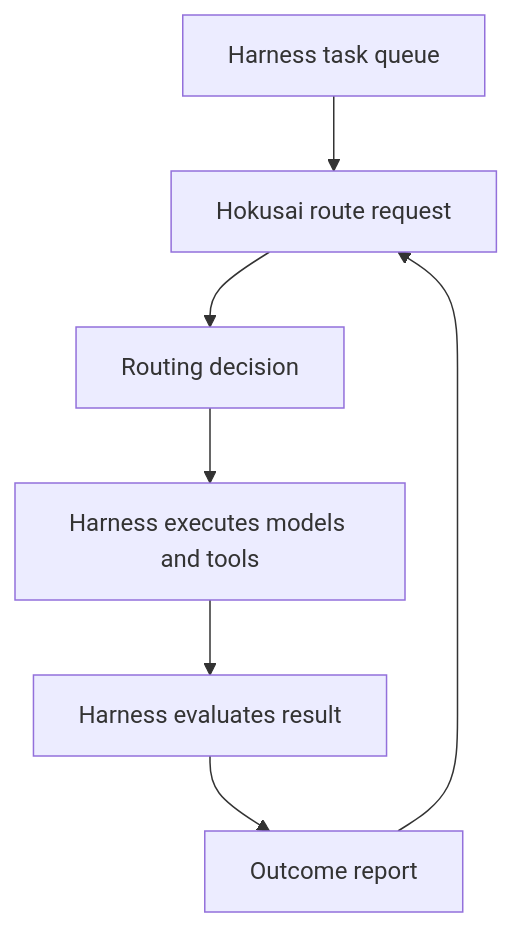
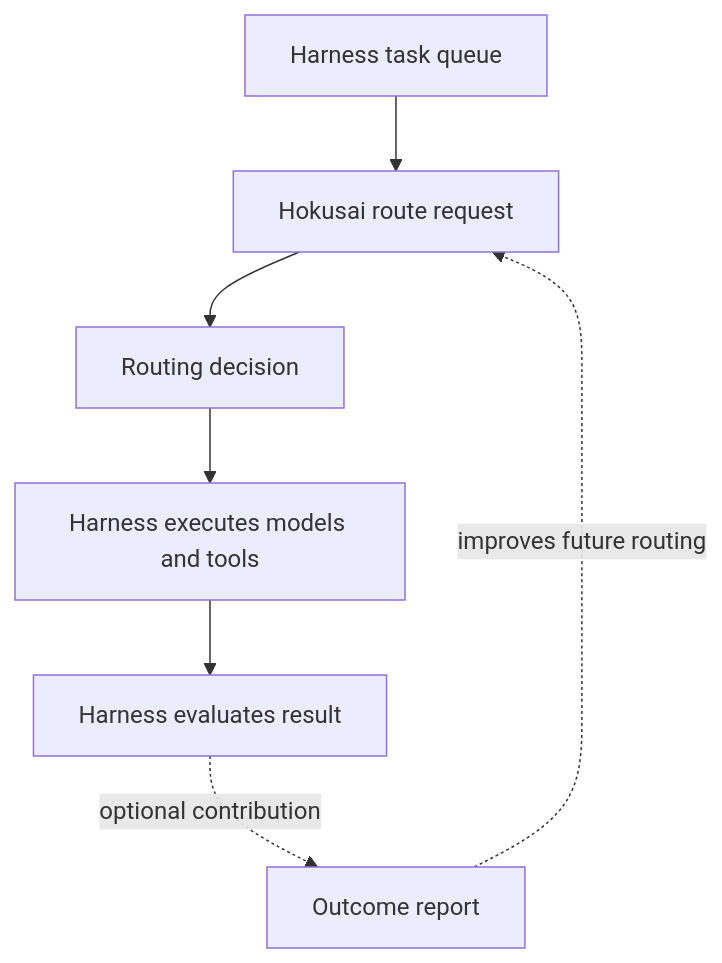
The diagram in docs/docs/integration-guides/harness-integration.md (Hokusai-protocol/hokusai-docs), drawn with Mermaid before and after one commit. The commit also changed other lines of this file and 17 other files, not shown here.

````diff
--- a/docs/docs/integration-guides/harness-integration.md
+++ b/docs/docs/integration-guides/harness-integration.md
@@ -12,9 +12,9 @@
 ```mermaid
 flowchart TD
     A[Harness task queue] --> B[Hokusai route request]
     B --> C[Routing decision]
     C --> D[Harness executes models and tools]
     D --> E[Harness evaluates result]
-    E --> F[Outcome report]
-    F --> B
+    E -. optional contribution .-> F[Outcome report]
+    F -. improves future routing .-> B
 ```
````
